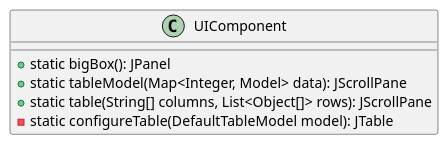
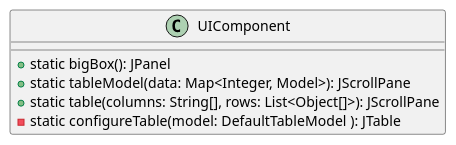
Before and after one commit to GiulianoPoeta99/tpi-gestor-academico: the diagram in src/uml/common/components/UIComponent.puml, drawn with PlantUML. The commit also changed 10 other files, not shown here.

Commit message:
se corrigio nomenclatura de uml

```diff
--- a/src/uml/common/components/UIComponent.puml
+++ b/src/uml/common/components/UIComponent.puml
@@ -1,10 +1,10 @@
 @startuml
 
 class UIComponent {
     + static bigBox(): JPanel
-    + static tableModel(Map<Integer, Model> data): JScrollPane
-    + static table(String[] columns, List<Object[]> rows): JScrollPane
-    - static configureTable(DefaultTableModel model): JTable
+    + static tableModel(data: Map<Integer, Model>): JScrollPane
+    + static table(columns: String[], rows: List<Object[]>): JScrollPane
+    - static configureTable(model: DefaultTableModel ): JTable
 }
 
 @enduml
```
